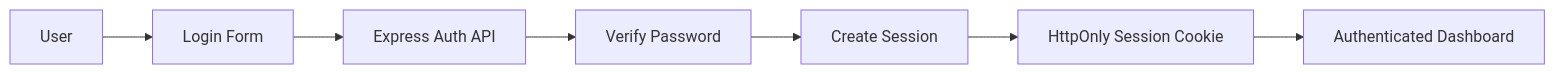
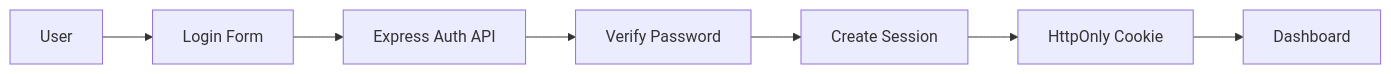
One commit to kushalshrestha303-web/BalanceBoard changed the fourth of 7 diagrams in README.md. Above: the diagram before and after it, drawn with Mermaid. The commit also changed other lines of this file, not shown here.

````diff
--- a/README.md
+++ b/README.md
@@ -246,9 +230,9 @@
 ```mermaid
 flowchart LR
-    U[User] --> F[Login Form]
-    F --> A[Express Auth API]
+    U[User] --> L[Login Form]
+    L --> A[Express Auth API]
     A --> P[Verify Password]
     P --> S[Create Session]
-    S --> C[HttpOnly Session Cookie]
-    C --> D[Authenticated Dashboard]
+    S --> C[HttpOnly Cookie]
+    C --> D[Dashboard]
 ```
````
